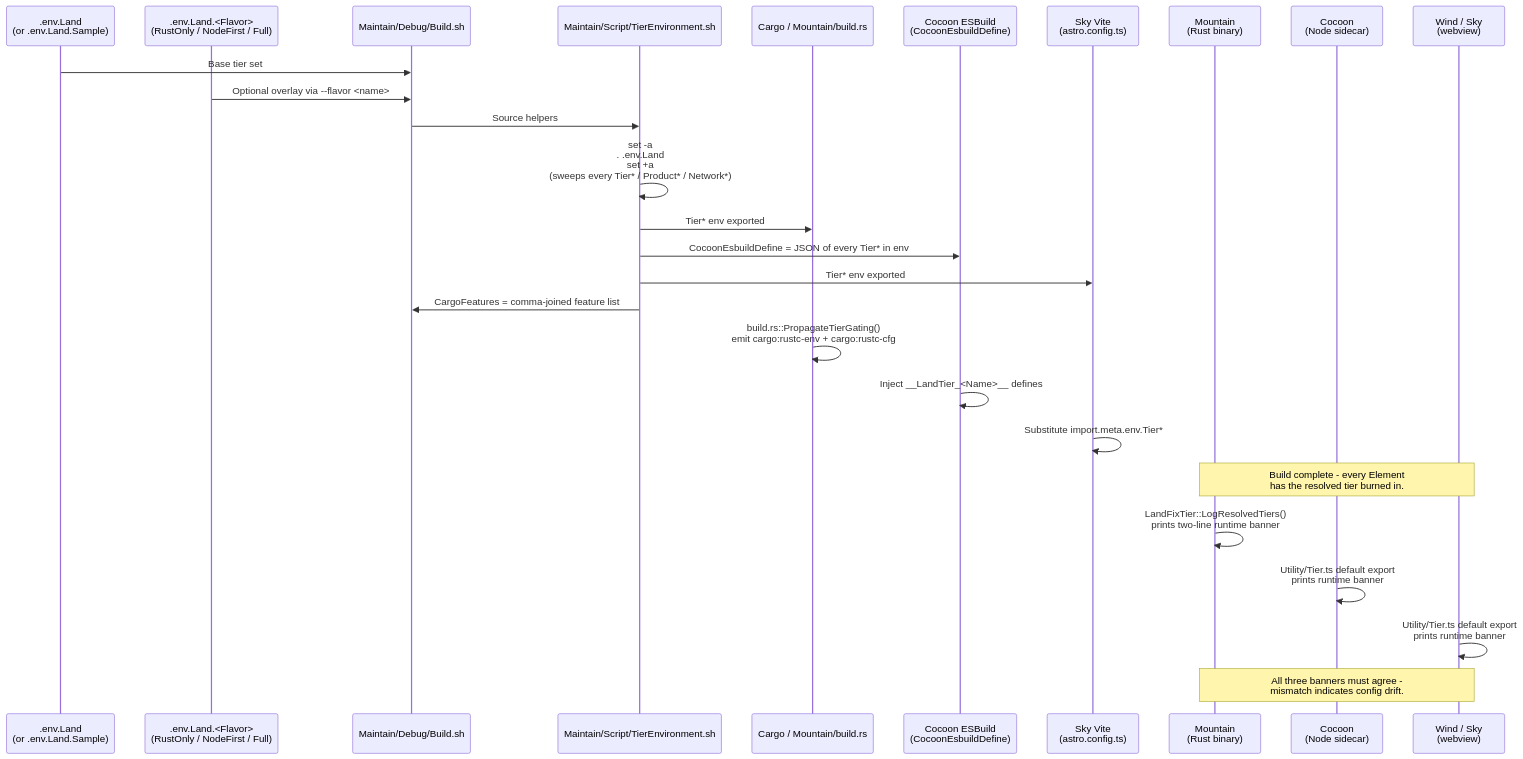
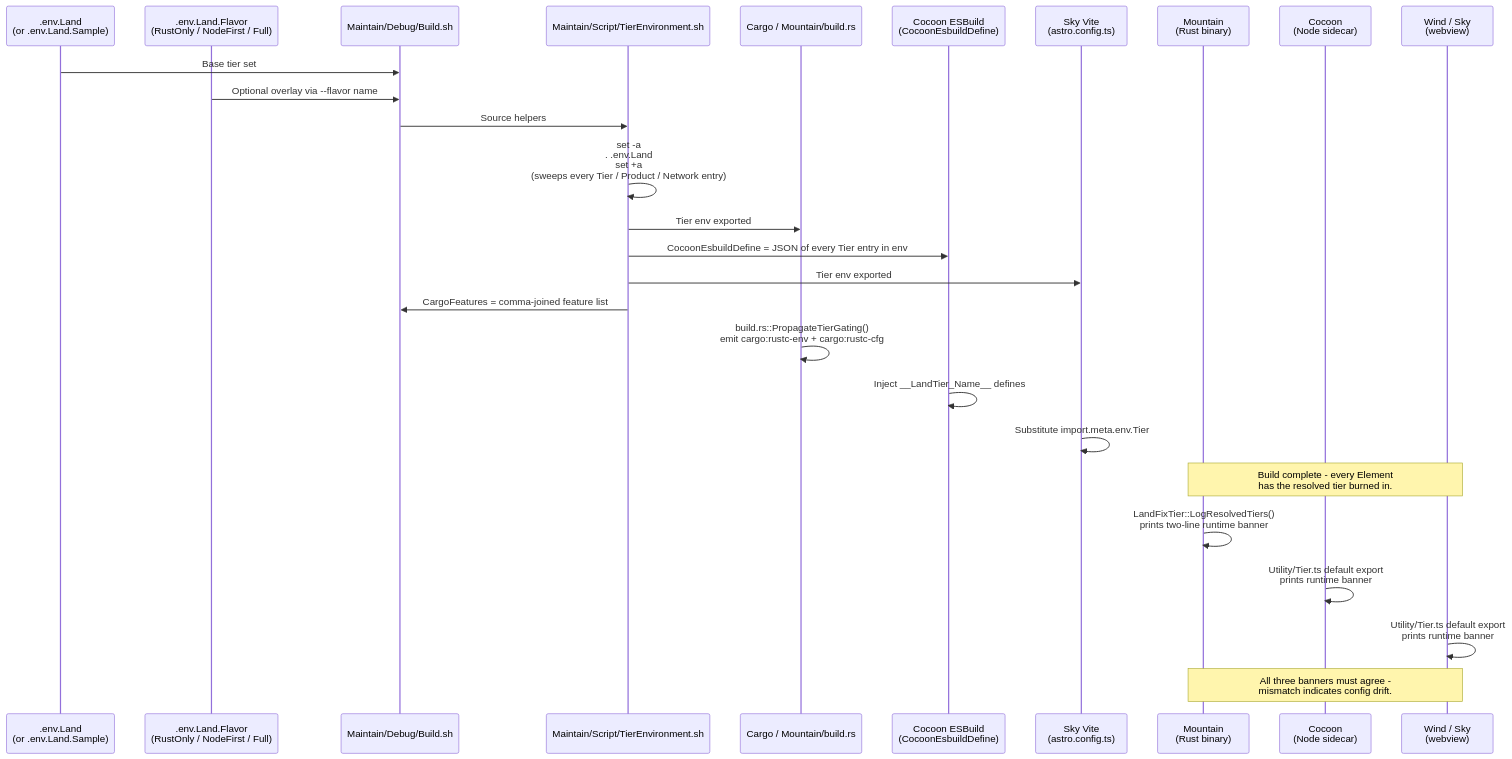
Before and after one commit to CodeEditorLand/Land: the diagram in Documentation/GitHub/Workflow/TierGatedImplementationSelection.md, drawn with Mermaid. The commit also changed other lines of this file and 28 other files, not shown here.

````diff
--- a/Documentation/GitHub/Workflow/TierGatedImplementationSelection.md
+++ b/Documentation/GitHub/Workflow/TierGatedImplementationSelection.md
@@ -15,34 +40,34 @@
 ```mermaid
 sequenceDiagram
     participant DevFile as .env.Land<br/>(or .env.Land.Sample)
-    participant Flavor as .env.Land.<Flavor><br/>(RustOnly / NodeFirst / Full)
+    participant Flavor as .env.Land.Flavor<br/>(RustOnly / NodeFirst / Full)
     participant BuildSh as Maintain/Debug/Build.sh
     participant TierSh as Maintain/Script/TierEnvironment.sh
     participant Cargo as Cargo / Mountain/build.rs
     participant ESBuild as Cocoon ESBuild<br/>(CocoonEsbuildDefine)
     participant Vite as Sky Vite<br/>(astro.config.ts)
     participant Mountain as Mountain<br/>(Rust binary)
     participant Cocoon as Cocoon<br/>(Node sidecar)
     participant Wind as Wind / Sky<br/>(webview)
 
     DevFile->>BuildSh: Base tier set
-    Flavor->>BuildSh: Optional overlay via --flavor <name>
+    Flavor->>BuildSh: Optional overlay via --flavor name
     BuildSh->>TierSh: Source helpers
-    TierSh->>TierSh: set -a<br/>. .env.Land<br/>set +a<br/>(sweeps every Tier* / Product* / Network*)
-    TierSh->>Cargo: Tier* env exported
-    TierSh->>ESBuild: CocoonEsbuildDefine = JSON of every Tier* in env
-    TierSh->>Vite: Tier* env exported
+    TierSh->>TierSh: set -a<br/>. .env.Land<br/>set +a<br/>(sweeps every Tier / Product / Network entry)
+    TierSh->>Cargo: Tier env exported
+    TierSh->>ESBuild: CocoonEsbuildDefine = JSON of every Tier entry in env
+    TierSh->>Vite: Tier env exported
     TierSh->>BuildSh: CargoFeatures = comma-joined feature list
 
     Cargo->>Cargo: build.rs::PropagateTierGating()<br/>emit cargo:rustc-env + cargo:rustc-cfg
-    ESBuild->>ESBuild: Inject __LandTier_<Name>__ defines
-    Vite->>Vite: Substitute import.meta.env.Tier*
+    ESBuild->>ESBuild: Inject __LandTier_Name__ defines
+    Vite->>Vite: Substitute import.meta.env.Tier
 
     Note over Mountain,Wind: Build complete - every Element<br/>has the resolved tier burned in.
 
     Mountain->>Mountain: LandFixTier::LogResolvedTiers()<br/>prints two-line runtime banner
     Cocoon->>Cocoon: Utility/Tier.ts default export<br/>prints runtime banner
     Wind->>Wind: Utility/Tier.ts default export<br/>prints runtime banner
 
     Note over Mountain,Wind: All three banners must agree -<br/>mismatch indicates config drift.
 ```
````
